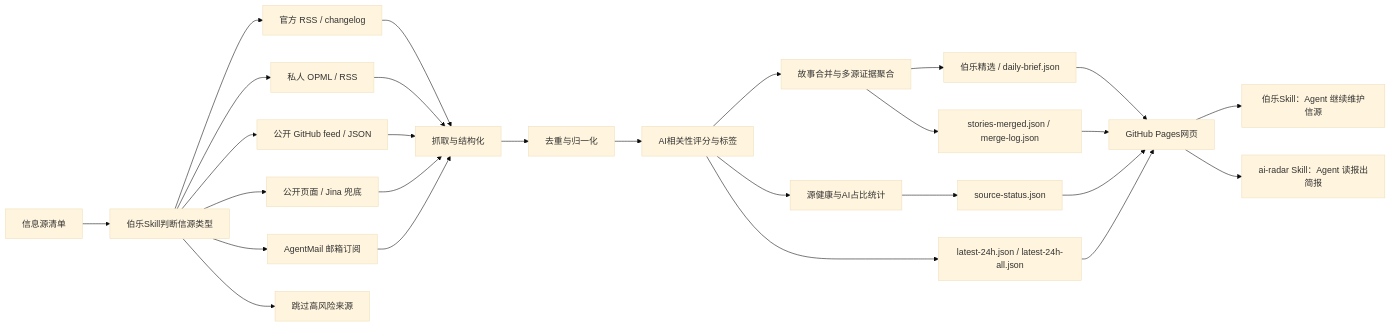
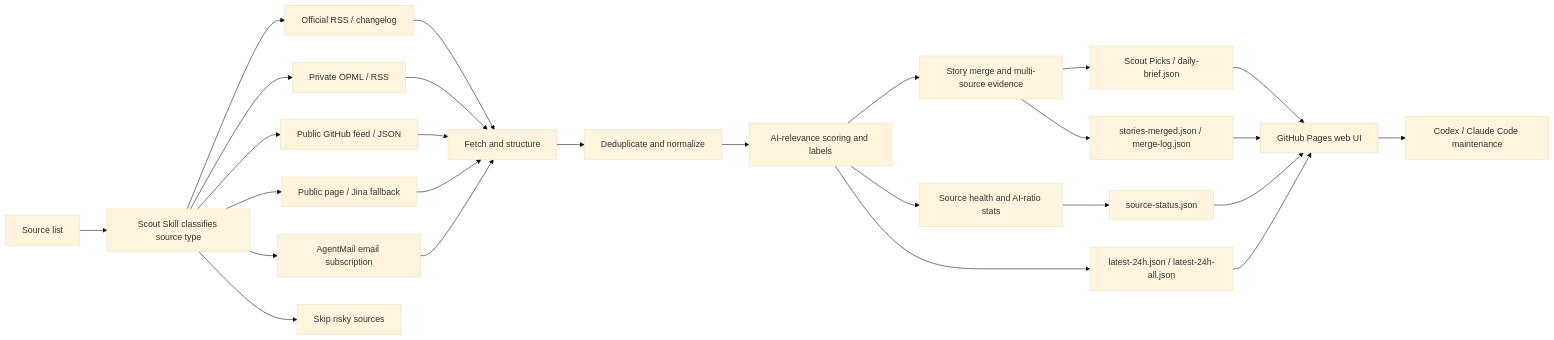
The diagram in README.md (DarylWong-PlayPark/ai-news-radar), drawn with Mermaid (base theme) before and after one commit. The commit also changed other lines of this file and 2 other files, not shown here.

````diff
--- a/README.md
+++ b/README.md
@@ -120,35 +118,34 @@
 ```mermaid
 flowchart LR
-    source["信息源清单"] --> classify["伯乐Skill判断信源类型"]
+    source["Source list"] --> classify["Scout Skill classifies source type"]
 
-    classify --> official["官方 RSS / changelog"]
-    classify --> opml["私人 OPML / RSS"]
-    classify --> publicFeed["公开 GitHub feed / JSON"]
-    classify --> staticPage["公开页面 / Jina 兜底"]
-    classify --> privateMail["AgentMail 邮箱订阅"]
-    classify --> skip["跳过高风险来源"]
+    classify --> official["Official RSS / changelog"]
+    classify --> opml["Private OPML / RSS"]
+    classify --> publicFeed["Public GitHub feed / JSON"]
+    classify --> staticPage["Public page / Jina fallback"]
+    classify --> privateMail["AgentMail email subscription"]
+    classify --> skip["Skip risky sources"]
 
-    official --> fetch["抓取与结构化"]
+    official --> fetch["Fetch and structure"]
     opml --> fetch
     publicFeed --> fetch
     staticPage --> fetch
     privateMail --> fetch
 
-    fetch --> dedup["去重与归一化"]
-    dedup --> score["AI相关性评分与标签"]
-    score --> story["故事合并与多源证据聚合"]
-    score --> status["源健康与AI占比统计"]
+    fetch --> dedup["Deduplicate and normalize"]
+    dedup --> score["AI-relevance scoring and labels"]
+    score --> story["Story merge and multi-source evidence"]
+    score --> status["Source health and AI-ratio stats"]
 
-    story --> brief["伯乐精选 / daily-brief.json"]
+    story --> brief["Scout Picks / daily-brief.json"]
     story --> merged["stories-merged.json / merge-log.json"]
     status --> sourceData["source-status.json"]
     score --> latest["latest-24h.json / latest-24h-all.json"]
 
-    brief --> pages["GitHub Pages网页"]
+    brief --> pages["GitHub Pages web UI"]
     merged --> pages
     sourceData --> pages
     latest --> pages
 
-    pages --> agent["伯乐Skill：Agent 继续维护信源"]
-    pages --> radar["ai-radar Skill：Agent 读报出简报"]
+    pages --> agent["Codex / Claude Code maintenance"]
 ```
````
